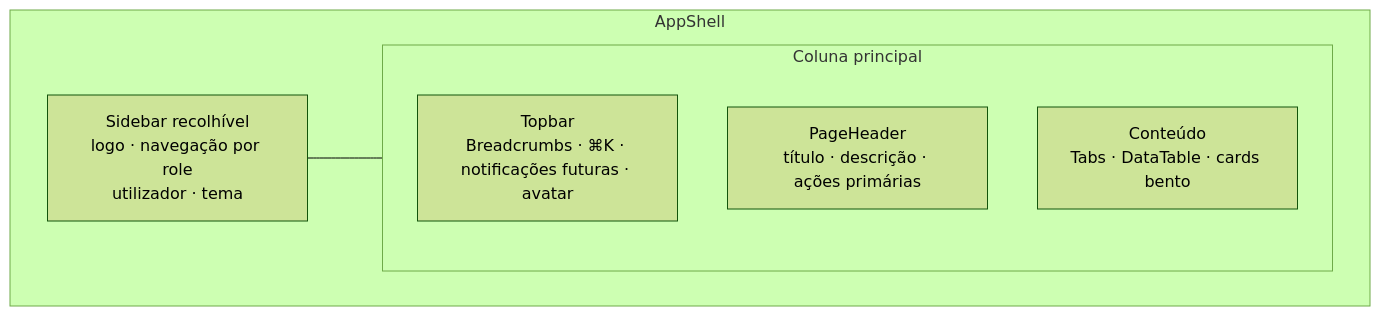
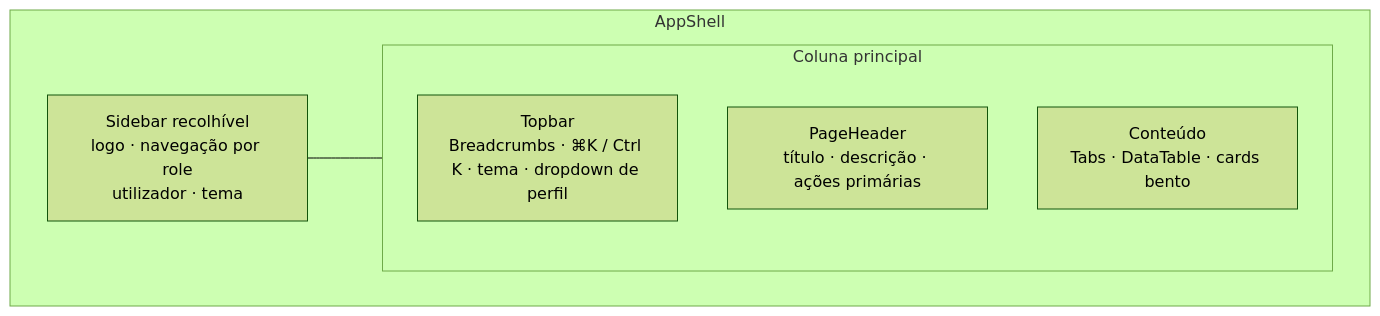
The fifth of 5 diagrams in .claude/project/frontend/00_ARQUITETURA_FRONTEND.md (LeandroAlves45/PT-Manager), drawn with Mermaid (forest theme) before and after one commit. The commit also changed other lines of this file and 21 other files, not shown here.

````diff
--- a/.claude/project/frontend/00_ARQUITETURA_FRONTEND.md
+++ b/.claude/project/frontend/00_ARQUITETURA_FRONTEND.md
@@ -240,14 +245,14 @@
 ```mermaid
 flowchart LR
     subgraph SHELL["AppShell"]
         direction LR
         SIDEBAR["Sidebar recolhível<br/>logo · navegação por role<br/>utilizador · tema"]
         subgraph MAINCOL["Coluna principal"]
             direction TB
-            TOPBAR["Topbar<br/>Breadcrumbs · ⌘K · notificações futuras · avatar"]
+            TOPBAR["Topbar<br/>Breadcrumbs · ⌘K / Ctrl K · tema · dropdown de perfil"]
             HEADER["PageHeader<br/>título · descrição · ações primárias"]
             CONTENT["Conteúdo<br/>Tabs · DataTable · cards bento"]
         end
     end
     SIDEBAR --- MAINCOL
 ```
````
